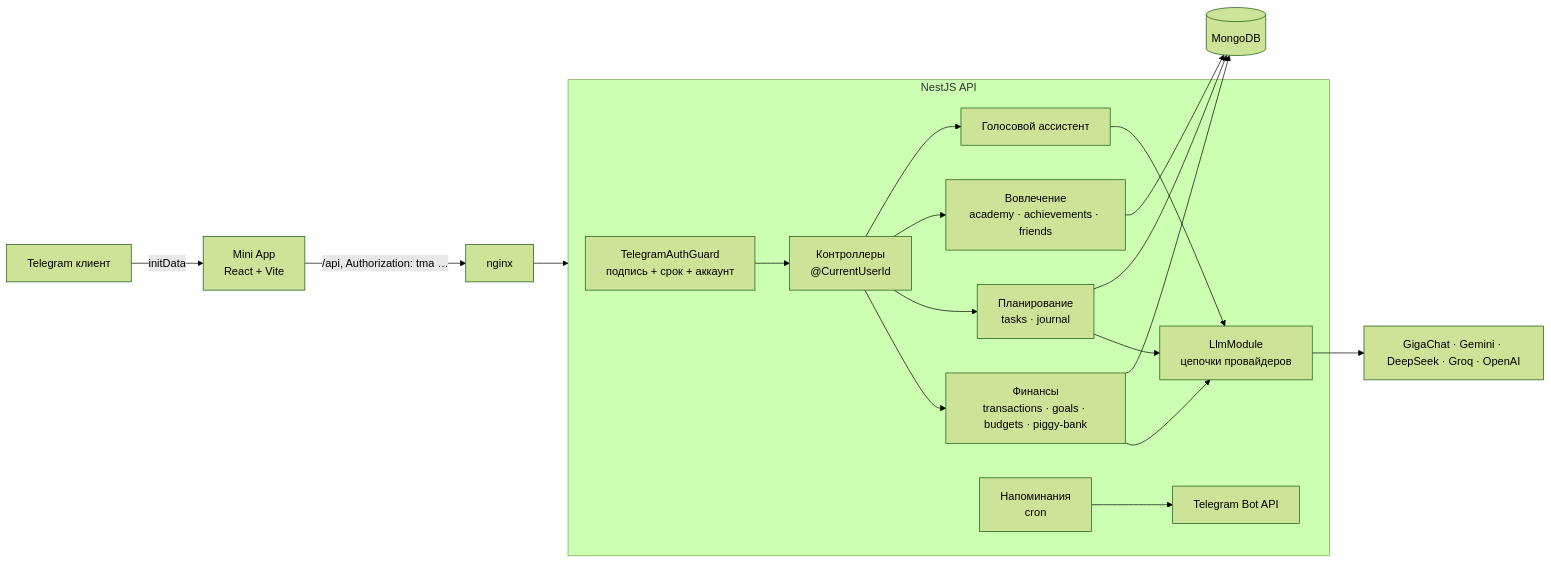
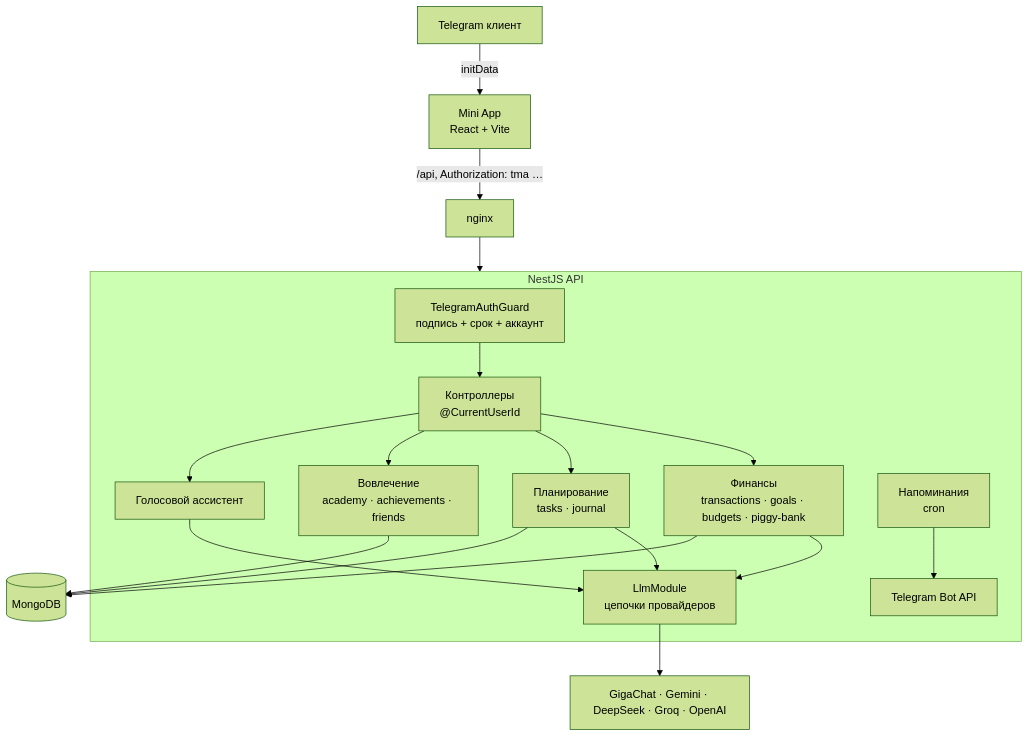
The diagram in README.md (akoody/Capy), drawn with Mermaid (forest theme) before and after one commit.

Commit message:
Lay out the README architecture diagram top to bottom

````diff
--- a/README.md
+++ b/README.md
@@ -13,19 +13,19 @@
 ```mermaid
-flowchart LR
+flowchart TB
   TG["Telegram клиент"] -->|initData| WEB["Mini App<br/>React + Vite"]
   WEB -->|/api, Authorization: tma …| NGINX["nginx"]
   NGINX --> API
 
   subgraph API["NestJS API"]
     GUARD["TelegramAuthGuard<br/>подпись + срок + аккаунт"] --> CTRL["Контроллеры<br/>@CurrentUserId"]
     CTRL --> LEDGER["Финансы<br/>transactions · goals · budgets · piggy-bank"]
     CTRL --> PLAN["Планирование<br/>tasks · journal"]
     CTRL --> ENG["Вовлечение<br/>academy · achievements · friends"]
     CTRL --> ASSIST["Голосовой ассистент"]
     LEDGER & PLAN & ASSIST --> LLM["LlmModule<br/>цепочки провайдеров"]
     CRON["Напоминания<br/>cron"] --> NOTIFY["Telegram Bot API"]
   end
 
   LEDGER & PLAN & ENG --> DB[("MongoDB")]
   LLM --> PROVIDERS["GigaChat · Gemini · DeepSeek · Groq · OpenAI"]
 ```
````
